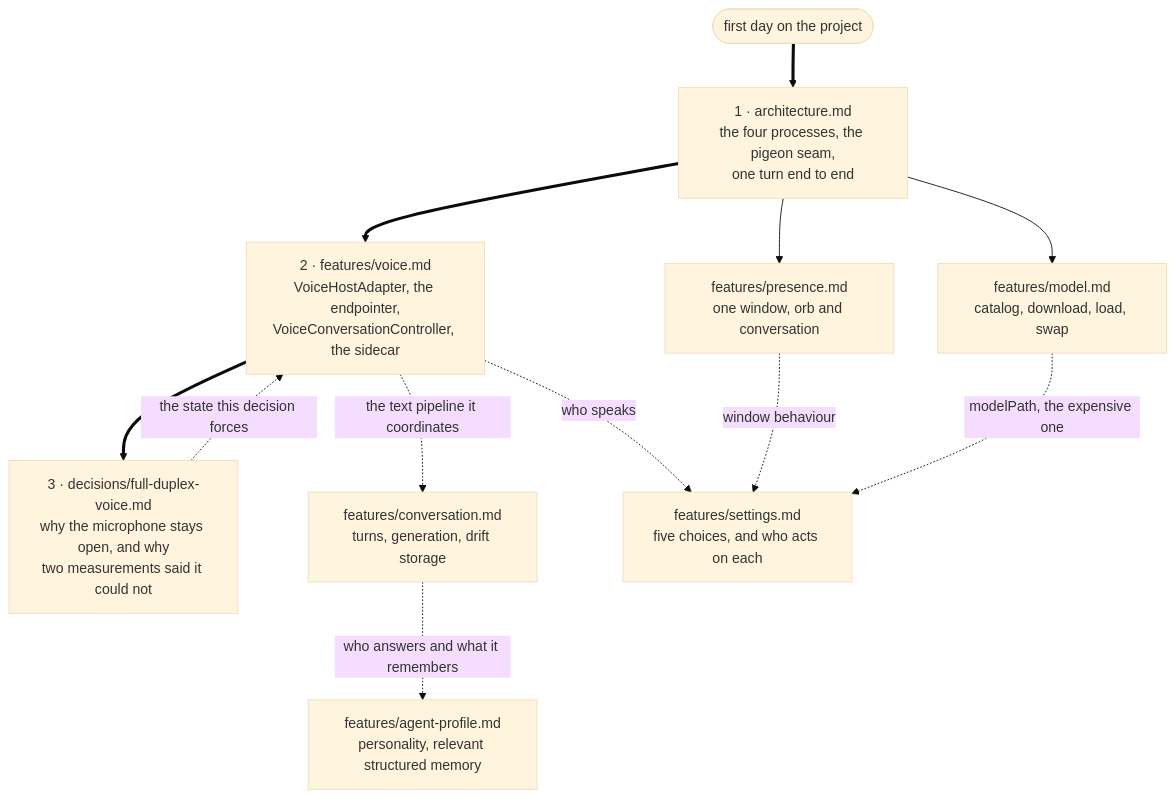
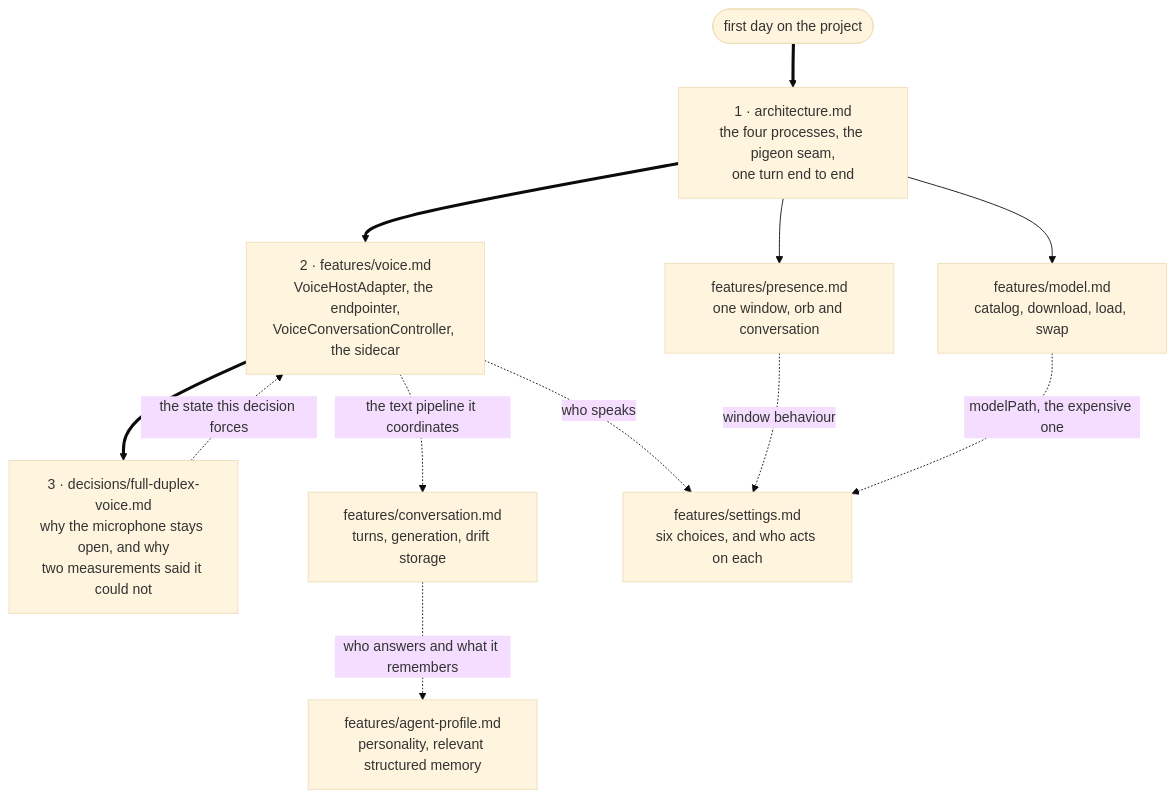
One commit to chyiiiiiiiiiiii/lulo changed the diagram in docs/README.md. Above: the diagram before and after it, drawn with Mermaid (base theme). The commit also changed other lines of this file and 4 other files, not shown here.

````diff
--- a/docs/README.md
+++ b/docs/README.md
@@ -14,20 +14,20 @@
 ```mermaid
 flowchart TD
     start(["first day on the project"]) ==> arch
 
     arch["1 · architecture.md<br/>the four processes, the pigeon seam,<br/>one turn end to end"]
     voice["2 · features/voice.md<br/>VoiceHostAdapter, the endpointer,<br/>VoiceConversationController, the sidecar"]
     dec["3 · decisions/full-duplex-voice.md<br/>why the microphone stays open, and why<br/>two measurements said it could not"]
 
     arch ==> voice ==> dec
     dec -. "the state this decision forces" .-> voice
 
     arch --> pres["features/presence.md<br/>one window, orb and conversation"]
     arch --> model["features/model.md<br/>catalog, download, load, swap"]
     voice -. "the text pipeline it coordinates" .-> conv["features/conversation.md<br/>turns, generation, drift storage"]
 
-    voice -. "who speaks" .-> set["features/settings.md<br/>five choices, and who acts on each"]
+    voice -. "who speaks" .-> set["features/settings.md<br/>six choices, and who acts on each"]
     conv -. "who answers and what it remembers" .-> profile["features/agent-profile.md<br/>personality, relevant structured memory"]
     pres -. "window behaviour" .-> set
     model -. "modelPath, the expensive one" .-> set
 ```
````
